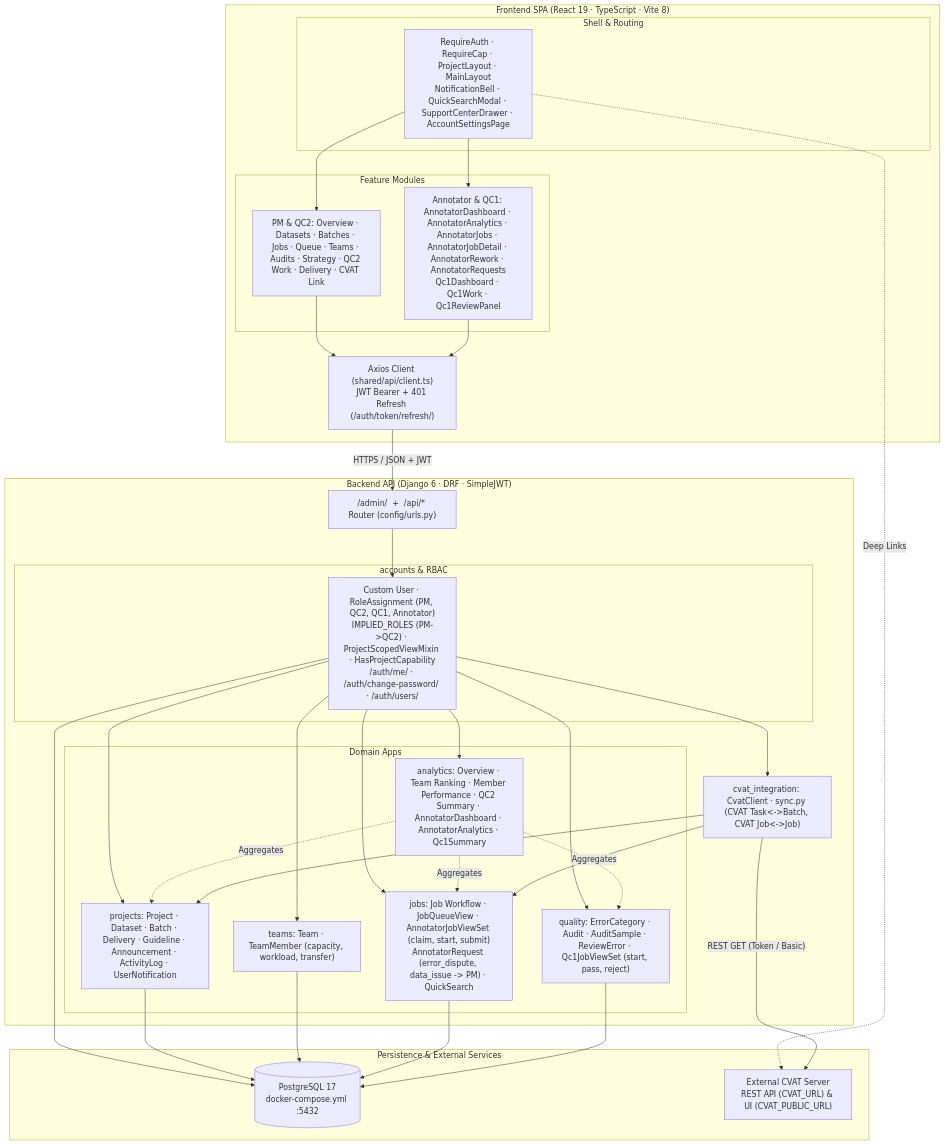
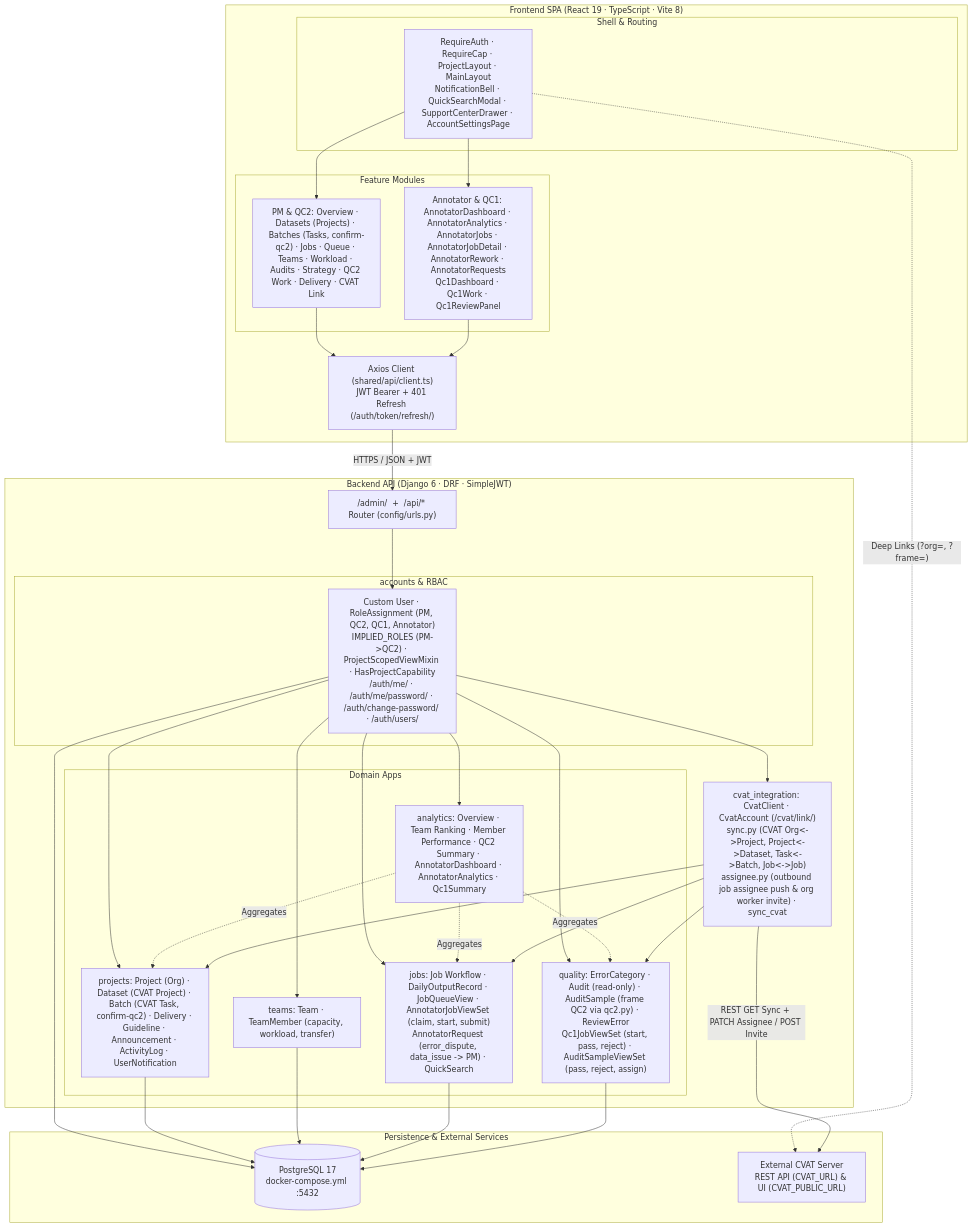
Before and after one commit to VietNamBui/vanohub: the diagram in ARCHITECTURE.md, drawn with Mermaid. The commit also changed other lines of this file and 14 other files, not shown here.

````diff
--- a/ARCHITECTURE.md
+++ b/ARCHITECTURE.md
@@ -5,50 +12,50 @@
 ```mermaid
 flowchart TB
     subgraph Frontend["Frontend SPA (React 19 · TypeScript · Vite 8)"]
         subgraph FE_Shell["Shell & Routing"]
             FE_Auth["RequireAuth · RequireCap · ProjectLayout · MainLayout\nNotificationBell · QuickSearchModal · SupportCenterDrawer · AccountSettingsPage"]
         end
 
         subgraph FE_Pages["Feature Modules"]
-            FE_PM["PM & QC2: Overview · Datasets · Batches · Jobs · Queue · Teams · Audits · Strategy · QC2 Work · Delivery · CVAT Link"]
+            FE_PM["PM & QC2: Overview · Datasets (Projects) · Batches (Tasks, confirm-qc2) · Jobs · Queue · Teams · Workload · Audits · Strategy · QC2 Work · Delivery · CVAT Link"]
             FE_AQ["Annotator & QC1: AnnotatorDashboard · AnnotatorAnalytics · AnnotatorJobs · AnnotatorJobDetail · AnnotatorRework · AnnotatorRequests\nQc1Dashboard · Qc1Work · Qc1ReviewPanel"]
         end
 
         ApiClient["Axios Client (shared/api/client.ts)\nJWT Bearer + 401 Refresh (/auth/token/refresh/)"]
 
         FE_Auth --> FE_PM & FE_AQ --> ApiClient
     end
 
     subgraph Backend["Backend API (Django 6 · DRF · SimpleJWT)"]
         Urls["/admin/  +  /api/* Router (config/urls.py)"]
 
         subgraph AuthLayer["accounts & RBAC"]
-            Acc["Custom User · RoleAssignment (PM, QC2, QC1, Annotator)\nIMPLIED_ROLES (PM->QC2) · ProjectScopedViewMixin · HasProjectCapability\n/auth/me/ · /auth/change-password/ · /auth/users/"]
+            Acc["Custom User · RoleAssignment (PM, QC2, QC1, Annotator)\nIMPLIED_ROLES (PM->QC2) · ProjectScopedViewMixin · HasProjectCapability\n/auth/me/ · /auth/me/password/ · /auth/change-password/ · /auth/users/"]
         end
 
         subgraph Domain["Domain Apps"]
-            Projects["projects: Project · Dataset · Batch · Delivery · Guideline · Announcement · ActivityLog · UserNotification"]
+            Projects["projects: Project (Org) · Dataset (CVAT Project) · Batch (CVAT Task, confirm-qc2) · Delivery · Guideline · Announcement · ActivityLog · UserNotification"]
             Teams["teams: Team · TeamMember (capacity, workload, transfer)"]
-            Jobs["jobs: Job Workflow · JobQueueView · AnnotatorJobViewSet (claim, start, submit)\nAnnotatorRequest (error_dispute, data_issue -> PM) · QuickSearch"]
-            Quality["quality: ErrorCategory · Audit · AuditSample · ReviewError · Qc1JobViewSet (start, pass, reject)"]
+            Jobs["jobs: Job Workflow · DailyOutputRecord · JobQueueView · AnnotatorJobViewSet (claim, start, submit)\nAnnotatorRequest (error_dispute, data_issue -> PM) · QuickSearch"]
+            Quality["quality: ErrorCategory · Audit (read-only) · AuditSample (frame QC2 via qc2.py) · ReviewError\nQc1JobViewSet (start, pass, reject) · AuditSampleViewSet (pass, reject, assign)"]
             Analytics["analytics: Overview · Team Ranking · Member Performance · QC2 Summary · AnnotatorDashboard · AnnotatorAnalytics · Qc1Summary"]
         end
 
-        CvatSync["cvat_integration: CvatClient · sync.py (CVAT Task<->Batch, CVAT Job<->Job)"]
+        CvatSync["cvat_integration: CvatClient · CvatAccount (/cvat/link/)\nsync.py (CVAT Org<->Project, Project<->Dataset, Task<->Batch, Job<->Job)\nassignee.py (outbound job assignee push & org worker invite) · sync_cvat"]
 
         Urls --> Acc --> Projects & Teams & Jobs & Quality & Analytics & CvatSync
     end
 
     subgraph Infra["Persistence & External Services"]
         DB[("PostgreSQL 17\ndocker-compose.yml :5432")]
         CVAT["External CVAT Server\nREST API (CVAT_URL) & UI (CVAT_PUBLIC_URL)"]
     end
 
     ApiClient -- "HTTPS / JSON + JWT" --> Urls
-    FE_Auth -. "Deep Links" .-> CVAT
+    FE_Auth -. "Deep Links (?org=, ?frame=)" .-> CVAT
 
     Acc & Projects & Teams & Jobs & Quality --> DB
     Analytics -. "Aggregates" .-> Projects & Jobs & Quality
-    CvatSync -- "REST GET (Token / Basic)" --> CVAT
-    CvatSync --> Jobs & Projects
+    CvatSync -- "REST GET Sync + PATCH Assignee / POST Invite" --> CVAT
+    CvatSync --> Jobs & Projects & Quality
 ```
````
